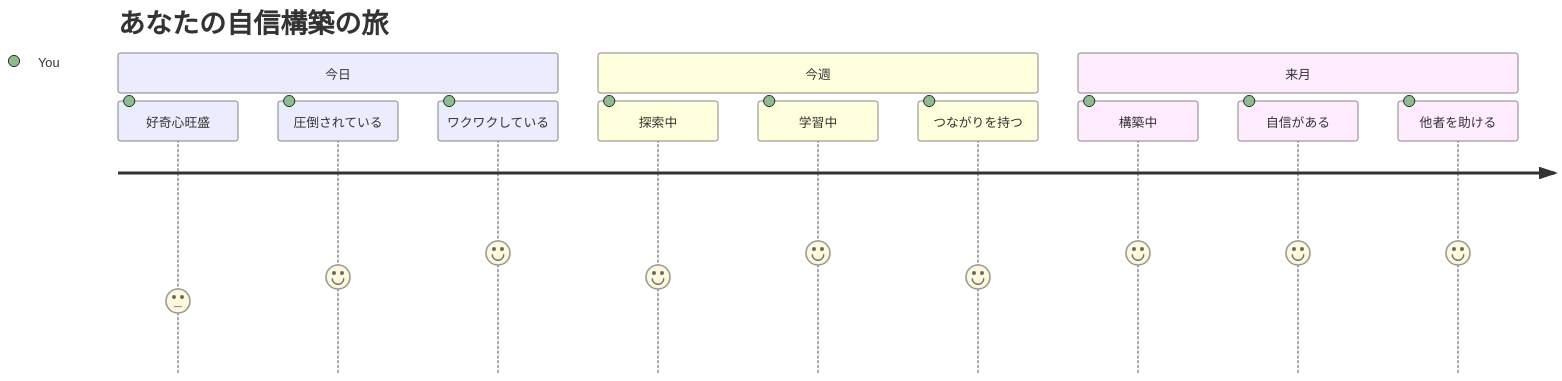
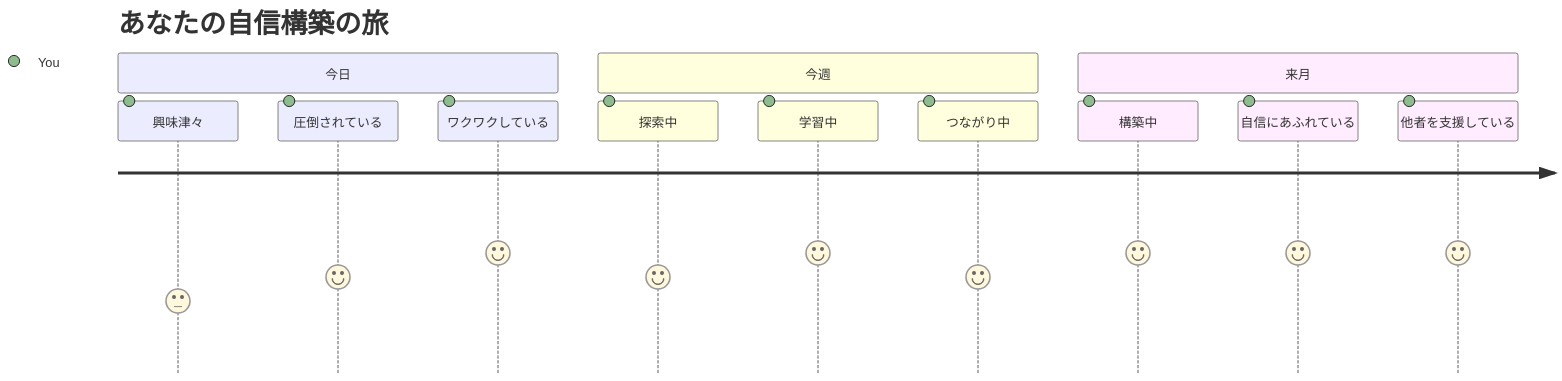
One commit to microsoft/Web-Dev-For-Beginners changed the seventh of 7 diagrams in translations/ja/1-getting-started-lessons/1-intro-to-programming-languages/README.md. Above: the diagram before and after it, drawn with Mermaid. The commit also changed other lines of this file and 8 other files, not shown here.

````diff
--- a/translations/ja/1-getting-started-lessons/1-intro-to-programming-languages/README.md
+++ b/translations/ja/1-getting-started-lessons/1-intro-to-programming-languages/README.md
@@ -834,16 +831,16 @@
 ```mermaid
 journey
     title あなたの自信構築の旅
     section 今日
-      好奇心旺盛: 3: You
+      興味津々: 3: You
       圧倒されている: 4: You
       ワクワクしている: 5: You
     section 今週
       探索中: 4: You
       学習中: 5: You
-      つながりを持つ: 4: You
+      つながり中: 4: You
     section 来月
       構築中: 5: You
-      自信がある: 5: You
-      他者を助ける: 5: You
+      自信にあふれている: 5: You
+      他者を支援している: 5: You
 ```
````
